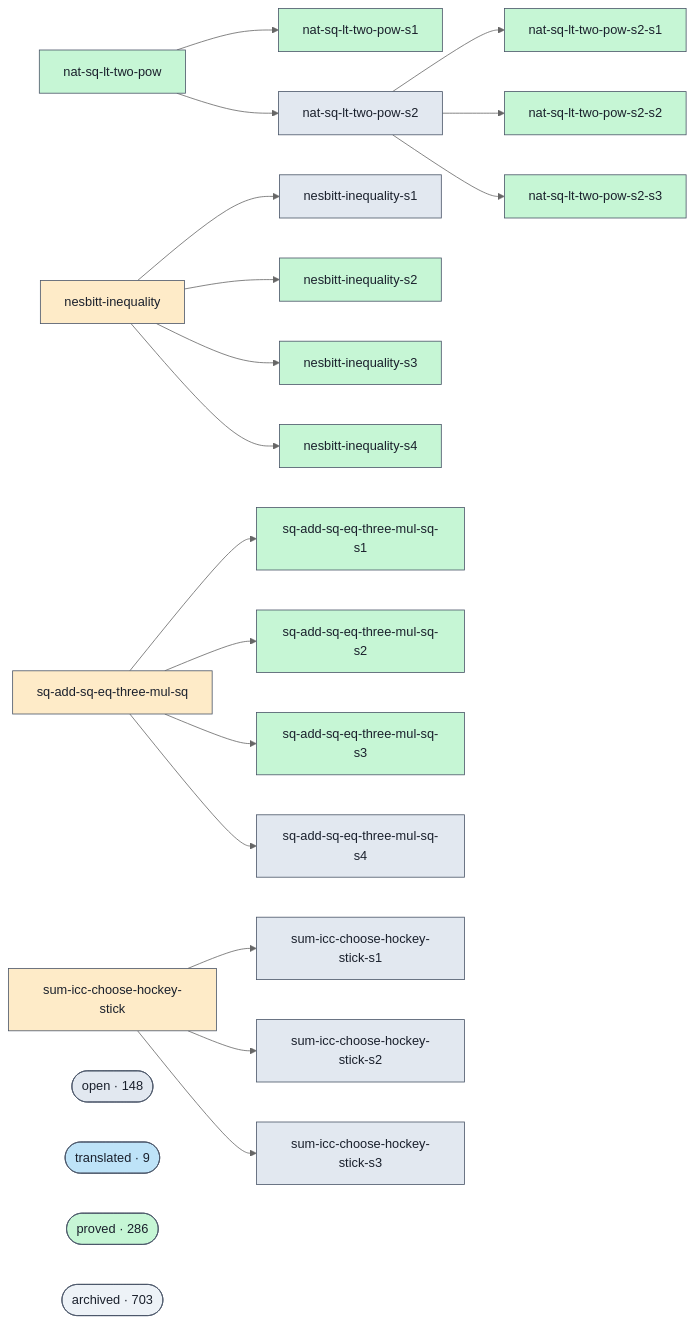
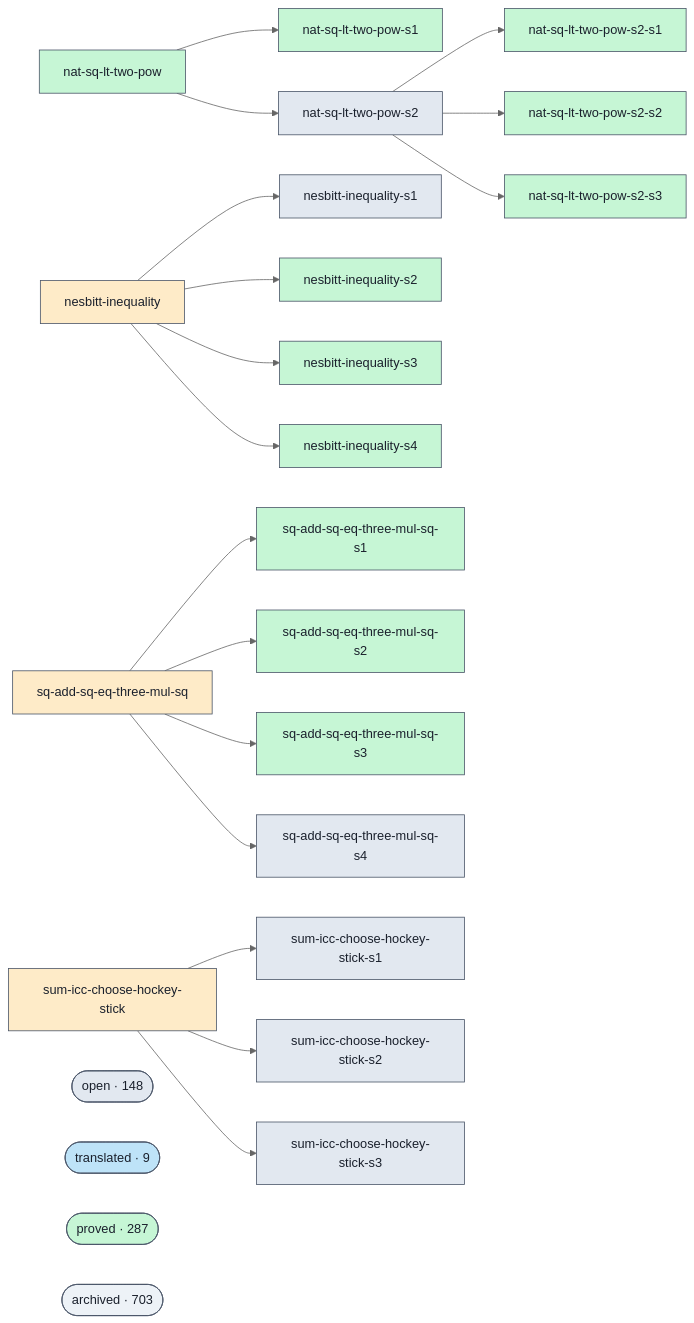
The diagram in docs/proofs-contributors-visualisation.md (ohdearquant/unsorry), drawn with Mermaid (neutral theme) before and after one commit. The commit also changed other lines of this file and 2 other files, not shown here.

```diff
--- a/docs/proofs-contributors-visualisation.md
+++ b/docs/proofs-contributors-visualisation.md
@@ -102,7 +102,7 @@
   class cluster_open open;
   cluster_translated(["translated · 9"])
   class cluster_translated translated;
-  cluster_proved(["proved · 286"])
+  cluster_proved(["proved · 287"])
   class cluster_proved proved;
   cluster_archived(["archived · 703"])
   class cluster_archived unknown;
```
